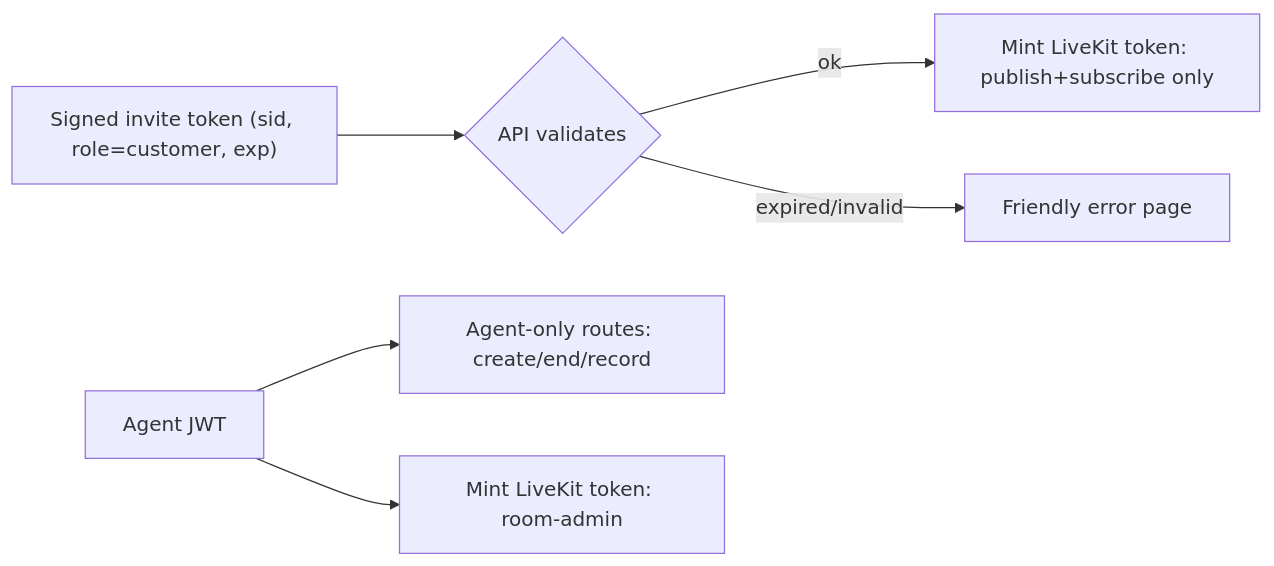
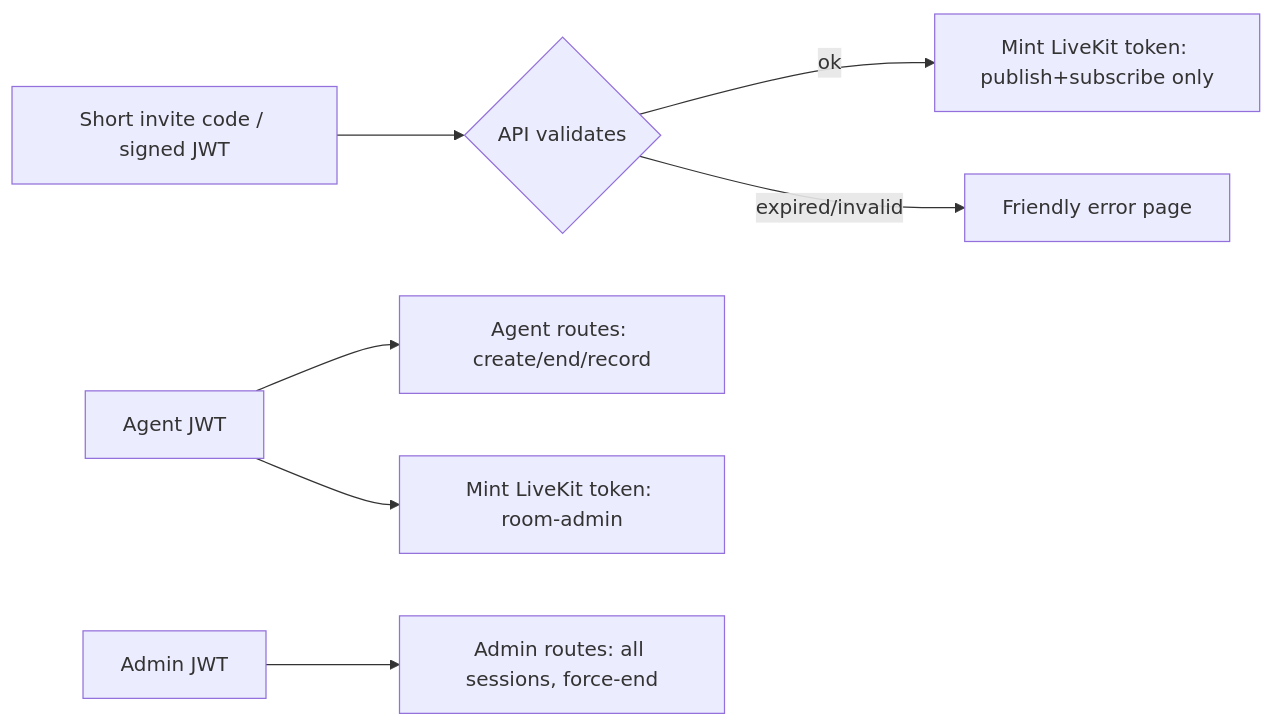
Before and after one commit to SreeRag1907/AssistLens: the third of 3 diagrams in docs/architecture.md, drawn with Mermaid. The commit also changed other lines of this file and 2 other files, not shown here.

Commit message:
updated the readme and architecture

````diff
--- a/docs/architecture.md
+++ b/docs/architecture.md
@@ -82,8 +112,9 @@
 ```mermaid
 flowchart LR
-  invite["Signed invite token (sid, role=customer, exp)"] --> validate{API validates}
+  invite["Short invite code / signed JWT"] --> validate{API validates}
   validate -->|ok| mint["Mint LiveKit token: publish+subscribe only"]
   validate -->|expired/invalid| err[Friendly error page]
-  jwt["Agent JWT"] --> agentRoutes["Agent-only routes: create/end/record"]
-  jwt --> mintA["Mint LiveKit token: room-admin"]
+  agentJwt["Agent JWT"] --> agentRoutes["Agent routes: create/end/record"]
+  agentJwt --> mintA["Mint LiveKit token: room-admin"]
+  adminJwt["Admin JWT"] --> adminRoutes["Admin routes: all sessions, force-end"]
 ```
````
